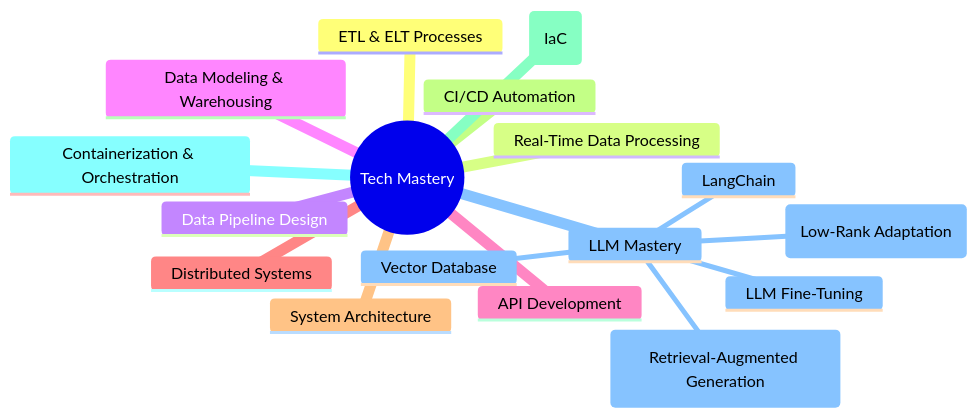
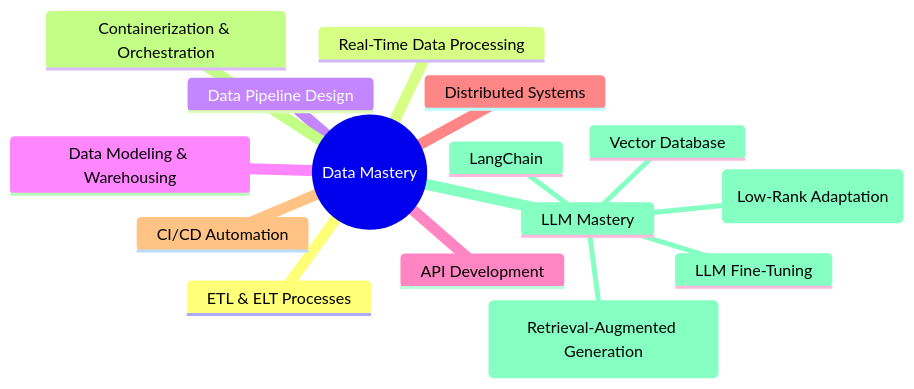
Before and after one commit to Sethuram2003/Sethuram2003: the diagram in README.md, drawn with Mermaid.

````diff
--- a/README.md
+++ b/README.md
@@ -94,20 +94,18 @@
 ```mermaid
 mindmap
-  root((Tech Mastery))
+  root((Data Mastery))
     ETL & ELT Processes
     Real-Time Data Processing
     Data Pipeline Design
     Data Modeling & Warehousing
     API Development
     Distributed Systems
-    System Architecture
     CI/CD Automation
-    Infrastructure as Code (IaC)
     Containerization & Orchestration
     LLM Mastery
       LLM Fine-Tuning
       LangChain
       RAG (Retrieval-Augmented Generation)
       Vector Database
       LoRA (Low-Rank Adaptation)
 ```
````
